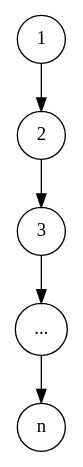
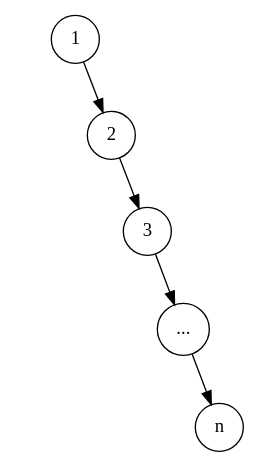
The diagram in algo/datastruct/tree/red-black-tree/img/unbalanced.dot (liuxinyu95/AlgoXY), drawn with Graphviz before and after one commit. The commit also changed 2 other files, not shown here.

```diff
--- a/algo/datastruct/tree/red-black-tree/img/unbalanced.dot
+++ b/algo/datastruct/tree/red-black-tree/img/unbalanced.dot
@@ -1,5 +1,14 @@
 /*unbalanced binary tree*/
 digraph G{
 	node [shape=circle];
+	/*nil node to make the tree balanced*/
+	e1[label="", style=invis];
+	e2[label="", style=invis];
+	e3[label="", style=invis];
+	en[label="", style=invis];
+	1->e1[style=invis];
+	2->e2[style=invis];
+	3->e3[style=invis];
+	"..."->en[style=invis];
 	1 -> 2 -> 3 -> "..." -> n;
 }
```
